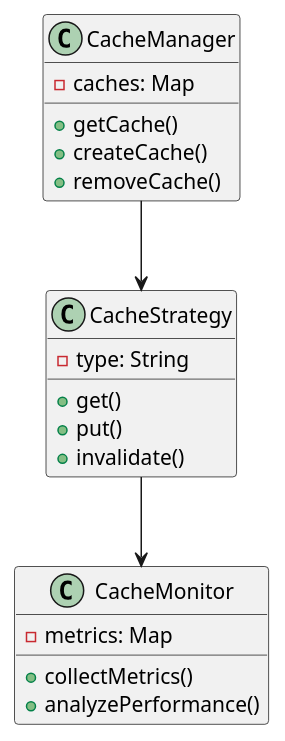
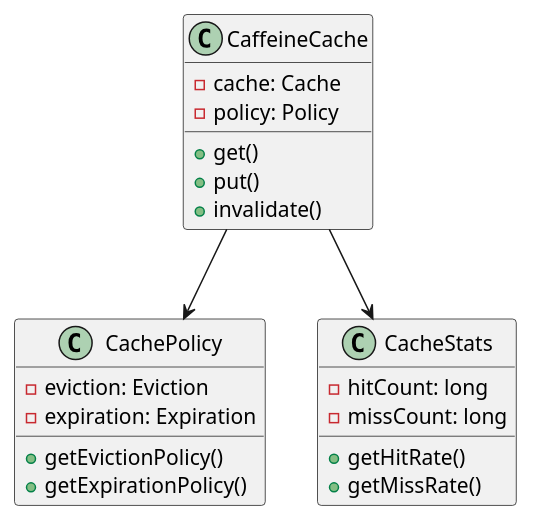
The second of 3 diagrams in doc/learning/architecture/cache_tutorial.md (fine5351/info-sync), drawn with PlantUML before and after one commit. The commit also changed other lines of this file and 9 other files, not shown here.

````diff
--- a/doc/learning/architecture/cache_tutorial.md
+++ b/doc/learning/architecture/cache_tutorial.md
@@ -107,26 +114,28 @@
 ```plantuml
 @startuml
-class CacheManager {
-    - caches: Map
-    + getCache()
-    + createCache()
-    + removeCache()
-}
-
-class CacheStrategy {
-    - type: String
+class CaffeineCache {
+    - cache: Cache
+    - policy: Policy
     + get()
     + put()
     + invalidate()
 }
 
-class CacheMonitor {
-    - metrics: Map
-    + collectMetrics()
-    + analyzePerformance()
+class CachePolicy {
+    - eviction: Eviction
+    - expiration: Expiration
+    + getEvictionPolicy()
+    + getExpirationPolicy()
 }
 
-CacheManager --> CacheStrategy
-CacheStrategy --> CacheMonitor
+class CacheStats {
+    - hitCount: long
+    - missCount: long
+    + getHitRate()
+    + getMissRate()
+}
+
+CaffeineCache --> CachePolicy
+CaffeineCache --> CacheStats
 @enduml
 ```
````
